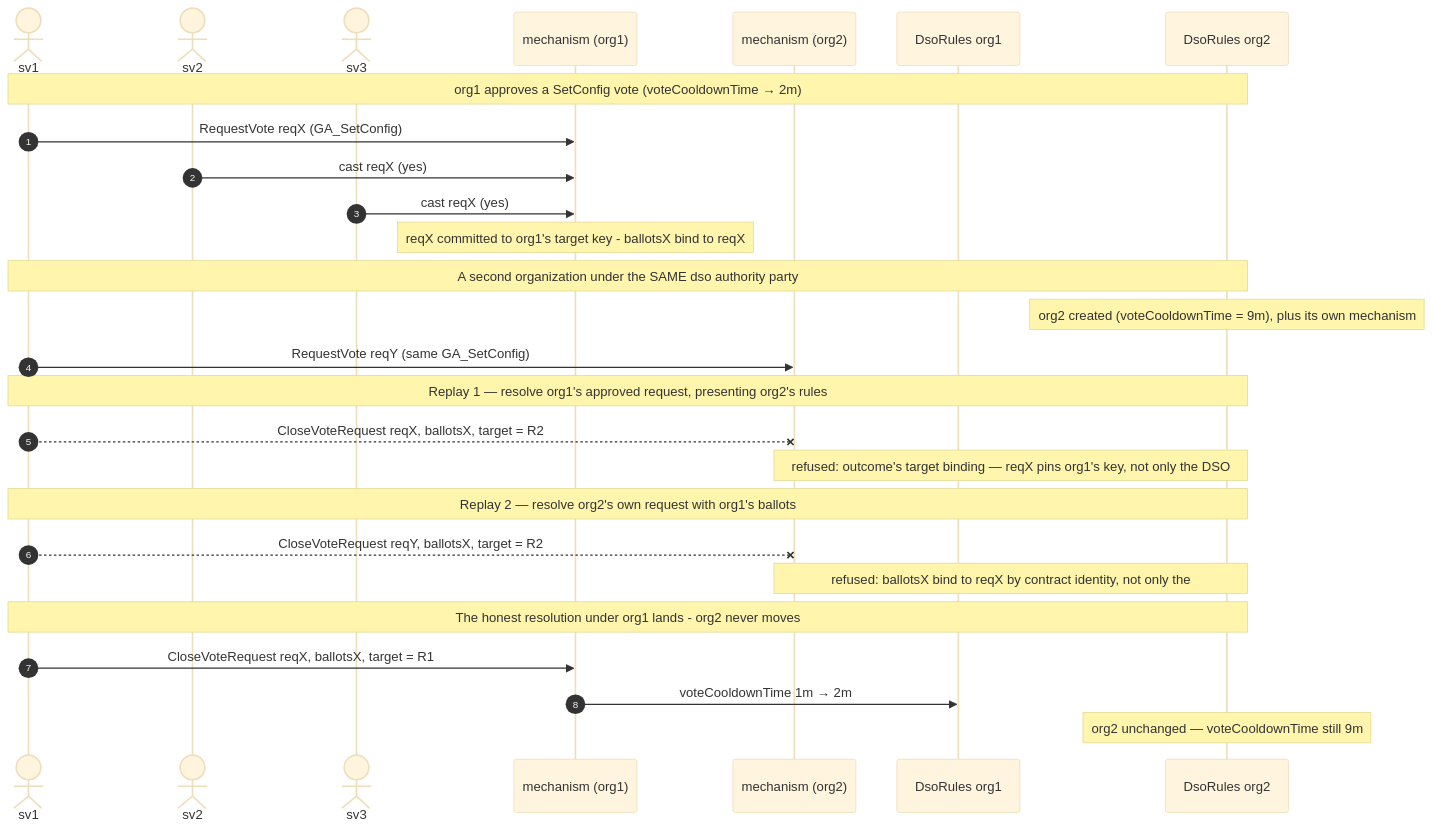
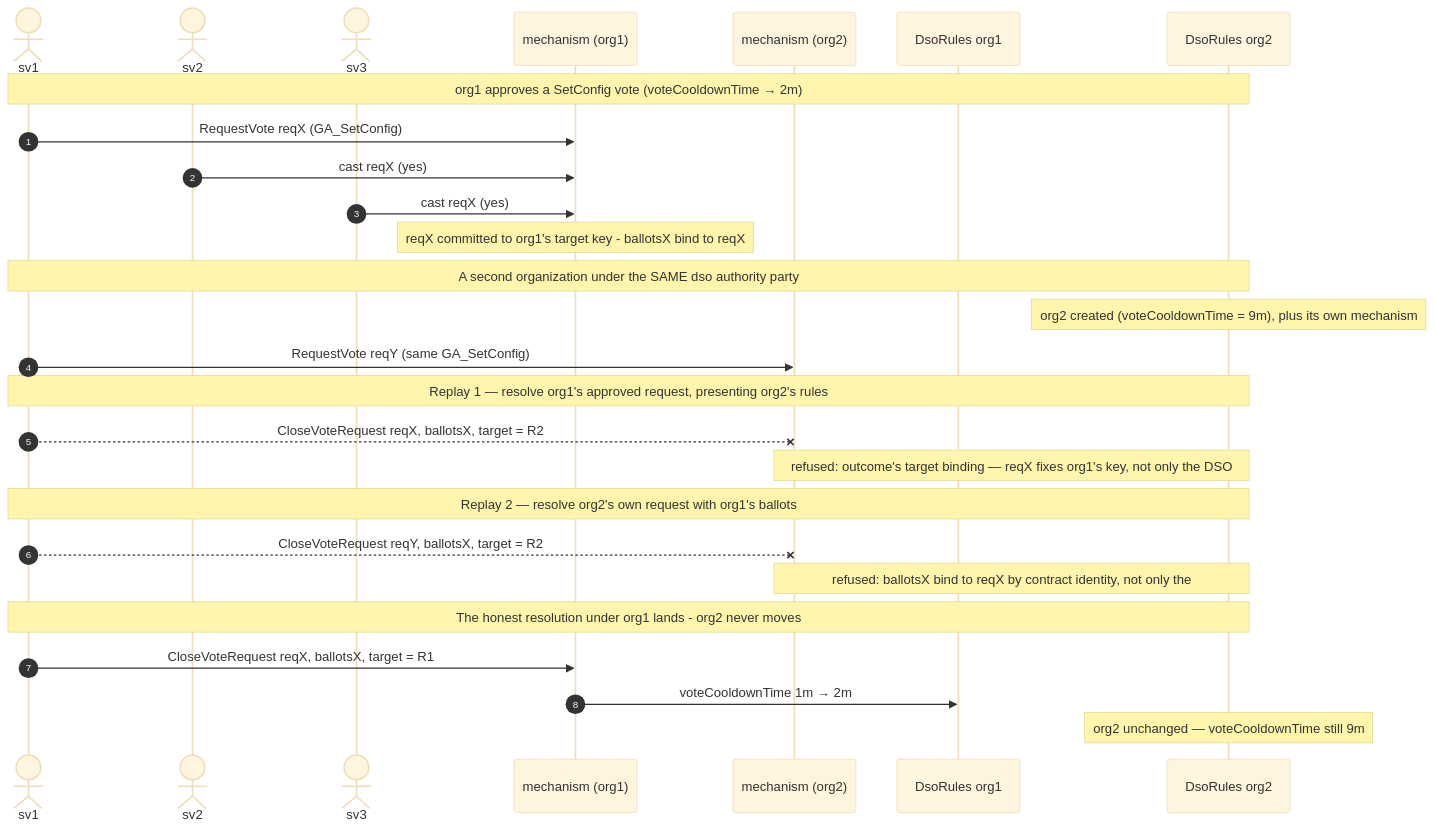
The fourth of 5 diagrams in examples/BabyDso/DEMOS.md (unlockitio/concordia), drawn with Mermaid (base theme) before and after one commit. The commit also changed other lines of this file and 31 other files, not shown here.

````diff
--- a/examples/BabyDso/DEMOS.md
+++ b/examples/BabyDso/DEMOS.md
@@ -273,34 +262,34 @@
 ```mermaid
 sequenceDiagram
     autonumber
     actor sv1
     actor sv2
     actor sv3
     participant A1 as mechanism (org1)
     participant A2 as mechanism (org2)
     participant R1 as DsoRules org1
     participant R2 as DsoRules org2
 
     Note over sv1,R2: org1 approves a SetConfig vote (voteCooldownTime → 2m)
     sv1->>A1: RequestVote reqX (GA_SetConfig)
     sv2->>A1: cast reqX (yes)
     sv3->>A1: cast reqX (yes)
     Note over A1: reqX committed to org1's target key - ballotsX bind to reqX
 
     Note over sv1,R2: A second organization under the SAME dso authority party
     Note over R2: org2 created (voteCooldownTime = 9m), plus its own mechanism
     sv1->>A2: RequestVote reqY (same GA_SetConfig)
 
     Note over sv1,R2: Replay 1 — resolve org1's approved request, presenting org2's rules
     sv1--xA2: CloseVoteRequest reqX, ballotsX, target = R2
-    Note over A2,R2: refused: outcome's target binding — reqX pins org1's key, not only the DSO
+    Note over A2,R2: refused: outcome's target binding — reqX fixes org1's key, not only the DSO
 
     Note over sv1,R2: Replay 2 — resolve org2's own request with org1's ballots
     sv1--xA2: CloseVoteRequest reqY, ballotsX, target = R2
     Note over A2,R2: refused: ballotsX bind to reqX by contract identity, not only the
 
     Note over sv1,R2: The honest resolution under org1 lands - org2 never moves
     sv1->>A1: CloseVoteRequest reqX, ballotsX, target = R1
     A1->>R1: voteCooldownTime 1m → 2m
     Note over R2: org2 unchanged — voteCooldownTime still 9m
 ```
````
